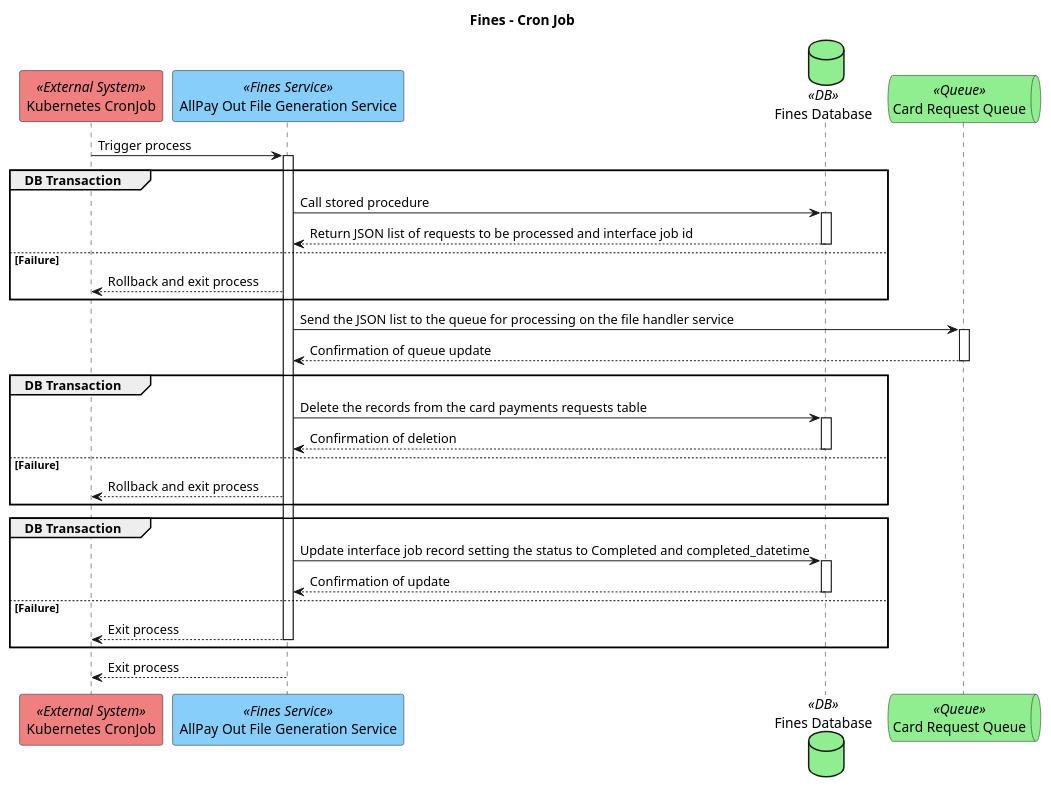
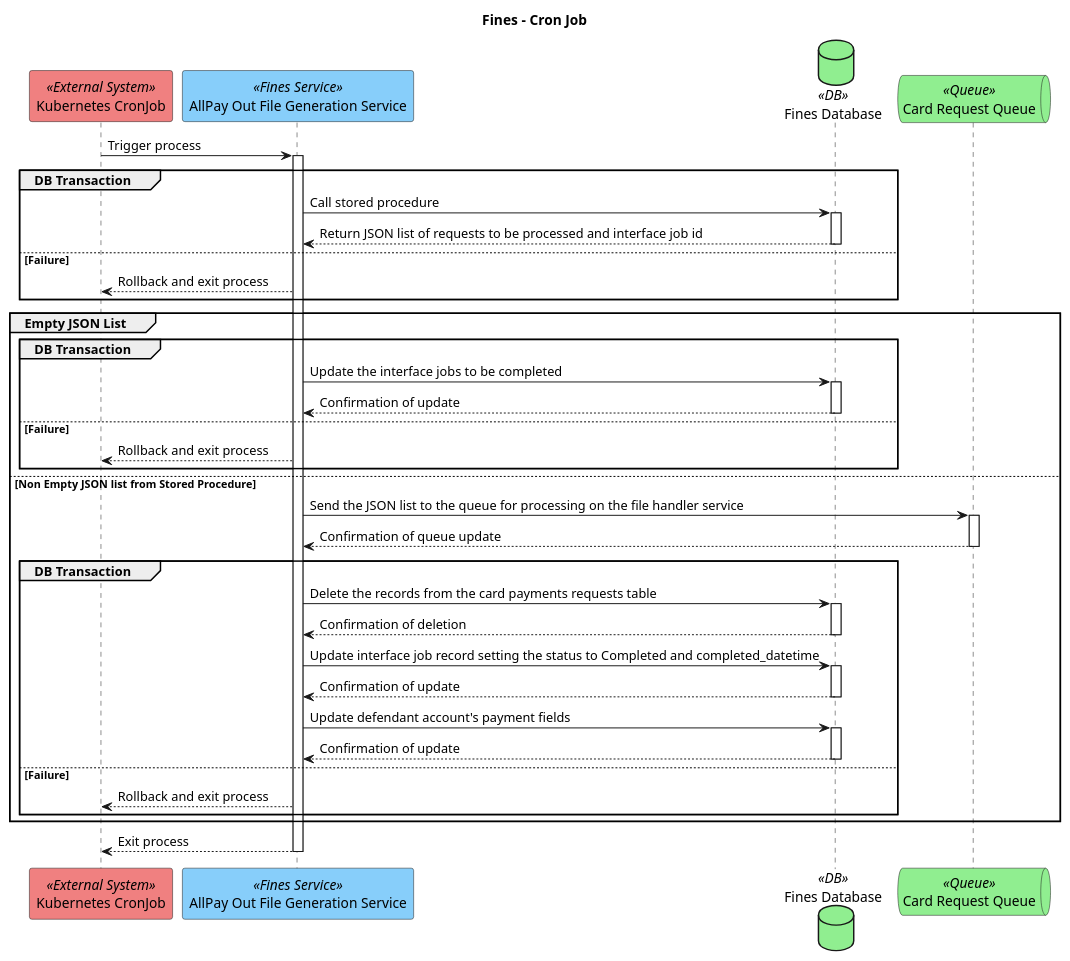
The diagram in plantUML/external-interfaces/ei7-cron-job.puml (hmcts/opal-docs), drawn with PlantUML before and after one commit.

Commit message:
Updating EI7 cron job to handle all scenarios

```diff
--- a/plantUML/external-interfaces/ei7-cron-job.puml
+++ b/plantUML/external-interfaces/ei7-cron-job.puml
@@ -1,30 +1,37 @@
 @startuml
 title "Fines - Cron Job"
 participant "Kubernetes CronJob" as cronjob <<External System>> #LightCoral
 participant "AllPay Out File Generation Service" as finesService <<Fines Service>> #LightSkyBlue
 database "Fines Database" as finesDb <<DB>> #LightGreen
 queue "Card Request Queue" as cardRequestQueue <<Queue>> #lightgreen
 
 cronjob -> finesService ++ : Trigger process
 group DB Transaction
     finesService -> finesDb ++ : Call stored procedure
     finesDb --> finesService -- : Return JSON list of requests to be processed and interface job id
 else Failure
     finesService --> cronjob : Rollback and exit process
 end
-finesService -> cardRequestQueue ++ : Send the JSON list to the queue for processing on the file handler service
-cardRequestQueue --> finesService -- : Confirmation of queue update
-group DB Transaction
-    finesService -> finesDb ++ : Delete the records from the card payments requests table
-    finesDb --> finesService -- : Confirmation of deletion
-else Failure
-    finesService --> cronjob : Rollback and exit process
-end
-group DB Transaction
-    finesService -> finesDb ++ : Update interface job record setting the status to Completed and completed_datetime
-    finesDb --> finesService -- : Confirmation of update
-else Failure
-    finesService --> cronjob -- : Exit process
+group Empty JSON List
+    group DB Transaction
+        finesService -> finesDb ++ : Update the interface jobs to be completed
+        finesDb --> finesService -- : Confirmation of update
+    else Failure
+        finesService --> cronjob : Rollback and exit process
+    end
+else Non Empty JSON list from Stored Procedure
+    finesService -> cardRequestQueue ++ : Send the JSON list to the queue for processing on the file handler service
+    cardRequestQueue --> finesService -- : Confirmation of queue update
+    group DB Transaction
+        finesService -> finesDb ++ : Delete the records from the card payments requests table
+        finesDb --> finesService -- : Confirmation of deletion
+        finesService -> finesDb ++ : Update interface job record setting the status to Completed and completed_datetime
+        finesDb --> finesService -- : Confirmation of update
+        finesService -> finesDb ++ : Update defendant account's payment fields
+        finesDb --> finesService -- : Confirmation of update
+    else Failure
+        finesService --> cronjob : Rollback and exit process
+    end
 end
 finesService --> cronjob -- : Exit process
 @enduml
```
